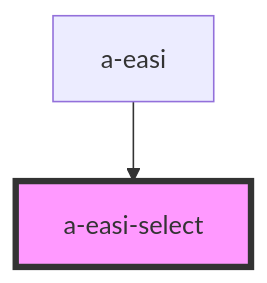
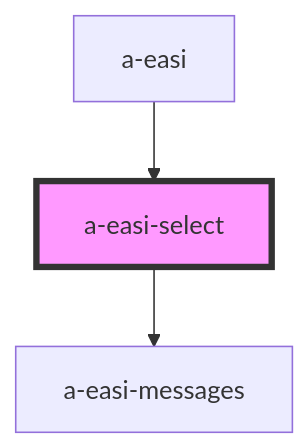
One commit to MrAntix/easi-components changed the diagram in src/a-easi-select/readme.md. Above: the diagram before and after it, drawn with Mermaid. The commit also changed other lines of this file and 4 other files, not shown here.

````diff
--- a/src/a-easi-select/readme.md
+++ b/src/a-easi-select/readme.md
@@ -34,5 +53,6 @@
 ```mermaid
 graph TD;
+  a-easi-select --> a-easi-messages
   a-easi --> a-easi-select
   style a-easi-select fill:#f9f,stroke:#333,stroke-width:4px
 ```
````
